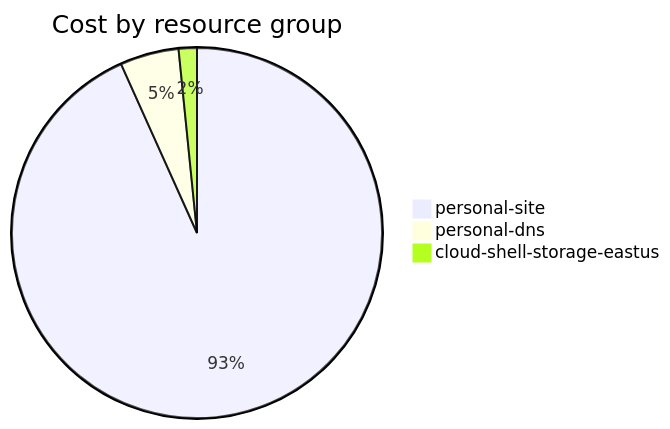
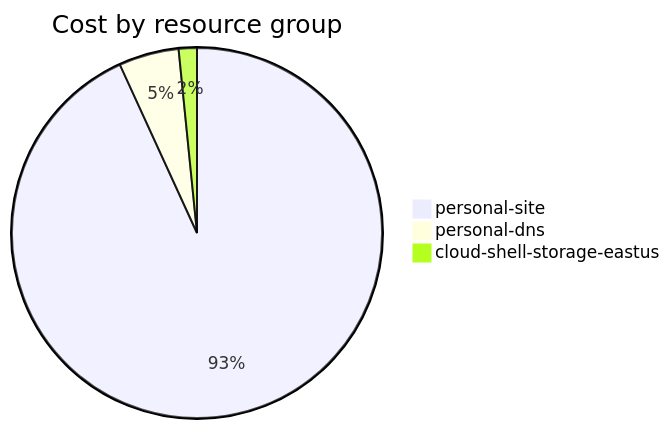
Before and after one commit to jpfulton/azure-personal-reports: the fourth of 4 diagrams in cost-reports/accumulated-cost.md, drawn with Mermaid. The commit also changed other lines of this file and 4 other files, not shown here.

````diff
--- a/cost-reports/accumulated-cost.md
+++ b/cost-reports/accumulated-cost.md
@@ -141,7 +141,7 @@
 ```mermaid
 pie
    title Cost by resource group
-   "personal-site" : 5.27
-   "personal-dns" : 0.29
-   "cloud-shell-storage-eastus" : 0.09
+   "personal-site" : 5.86
+   "personal-dns" : 0.33
+   "cloud-shell-storage-eastus" : 0.10
 ```
````
